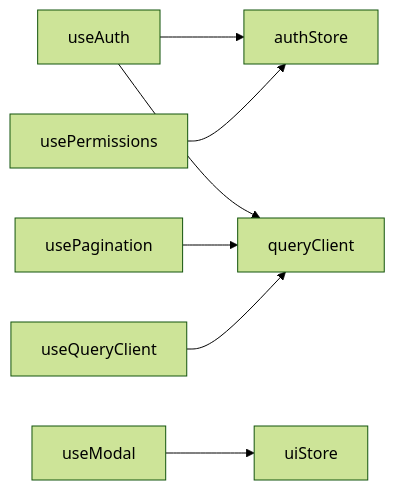
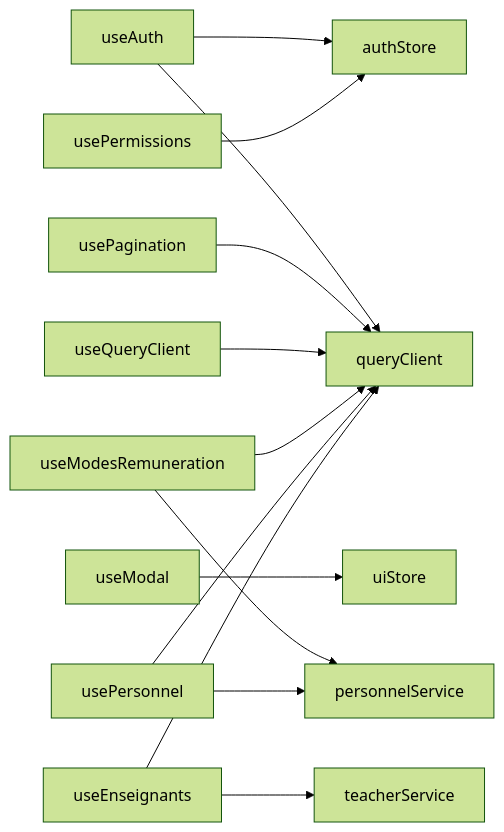
The sixth of 6 diagrams in .qoder/repowiki/en/content/System Architecture/Frontend Architecture/State Management/Custom Hooks Patterns.md (franckylab/eLISAschool), drawn with Mermaid (forest theme) before and after one commit. The commit also changed other lines of this file and 102 other files, not shown here.

````diff
--- a/.qoder/repowiki/en/content/System Architecture/Frontend Architecture/State Management/Custom Hooks Patterns.md
+++ b/.qoder/repowiki/en/content/System Architecture/Frontend Architecture/State Management/Custom Hooks Patterns.md
@@ -382,9 +503,15 @@
 ```mermaid
 graph LR
 A["useAuth"] --> B["authStore"]
 A --> C["queryClient"]
 D["usePermissions"] --> B
 E["usePagination"] --> C
 F["useModal"] --> G["uiStore"]
 H["useQueryClient"] --> C
+I["useModesRemuneration"] --> C
+J["usePersonnel"] --> C
+K["useEnseignants"] --> C
+I --> L["personnelService"]
+J --> L
+K --> M["teacherService"]
 ```
````
